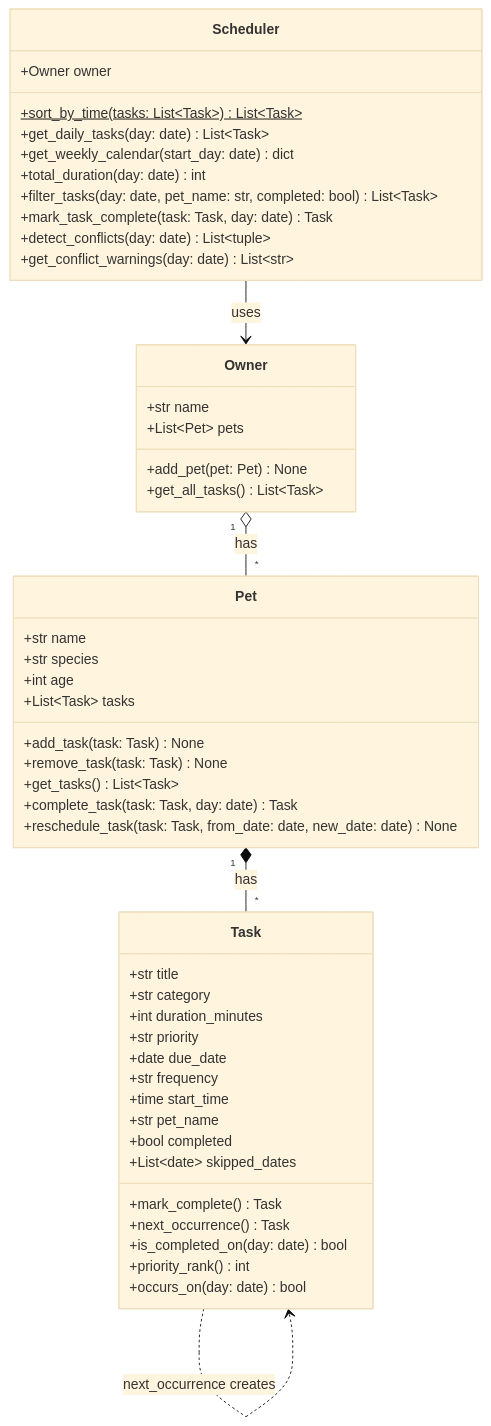
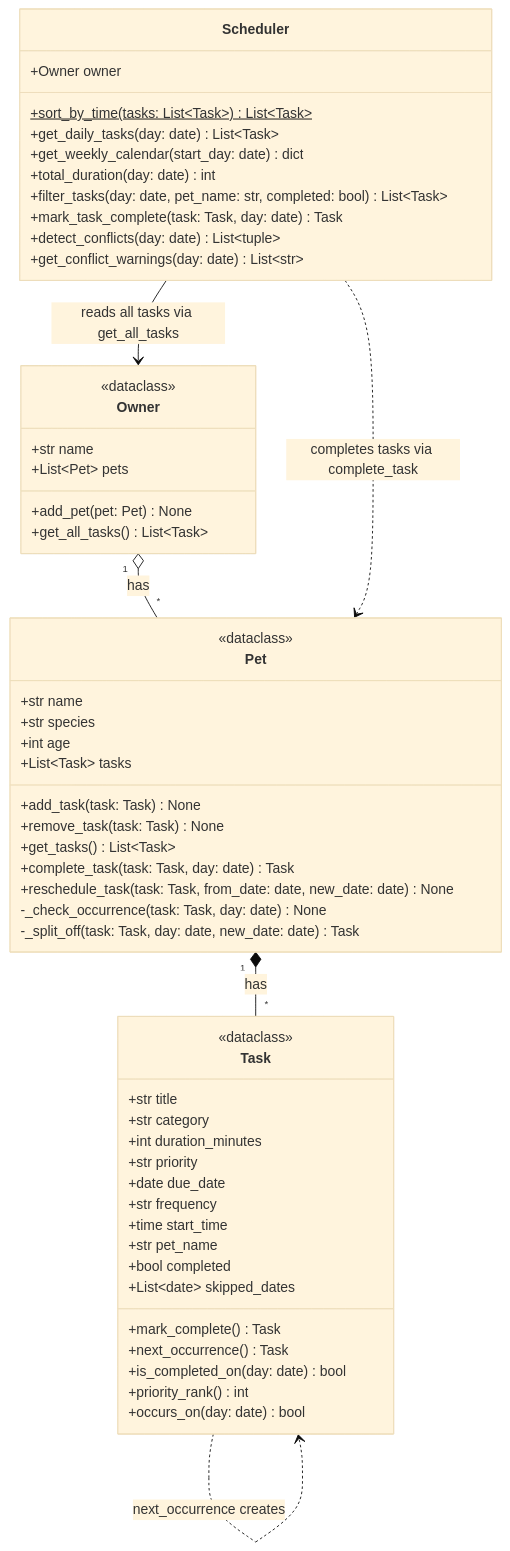
One commit to ralimela/ai110-module2show-pawpal-starter changed the diagram in diagrams/uml.mmd. Above: the diagram before and after it, drawn with Mermaid (base theme). The commit also changed 7 other files, not shown here.

First line of the commit message:
docs: polish UI, finalize UML, README, and reflection

```diff
--- a/diagrams/uml.mmd
+++ b/diagrams/uml.mmd
@@ -1,57 +1,62 @@
 classDiagram
-    %% PawPal+ class diagram
-    %% Keep this file updated so it matches your final implementation.
+    %% PawPal+ class diagram (same as uml_final.mmd)
 
     class Owner {
+        <<dataclass>>
         +str name
         +List~Pet~ pets
         +add_pet(pet: Pet) None
         +get_all_tasks() List~Task~
     }
 
     class Pet {
+        <<dataclass>>
         +str name
         +str species
         +int age
         +List~Task~ tasks
         +add_task(task: Task) None
         +remove_task(task: Task) None
         +get_tasks() List~Task~
         +complete_task(task: Task, day: date) Task
         +reschedule_task(task: Task, from_date: date, new_date: date) None
+        -_check_occurrence(task: Task, day: date) None
+        -_split_off(task: Task, day: date, new_date: date) Task
     }
 
     class Task {
+        <<dataclass>>
         +str title
         +str category
         +int duration_minutes
         +str priority
         +date due_date
         +str frequency
         +time start_time
         +str pet_name
         +bool completed
         +List~date~ skipped_dates
         +mark_complete() Task
         +next_occurrence() Task
         +is_completed_on(day: date) bool
         +priority_rank() int
         +occurs_on(day: date) bool
     }
 
     class Scheduler {
         +Owner owner
         +sort_by_time(tasks: List~Task~)$ List~Task~
         +get_daily_tasks(day: date) List~Task~
         +get_weekly_calendar(start_day: date) dict
         +total_duration(day: date) int
         +filter_tasks(day: date, pet_name: str, completed: bool) List~Task~
         +mark_task_complete(task: Task, day: date) Task
         +detect_conflicts(day: date) List~tuple~
         +get_conflict_warnings(day: date) List~str~
     }
 
     Owner "1" o-- "*" Pet : has
     Pet "1" *-- "*" Task : has
-    Scheduler --> Owner : uses
+    Scheduler --> Owner : reads all tasks via get_all_tasks
+    Scheduler ..> Pet : completes tasks via complete_task
     Task ..> Task : next_occurrence creates
```
